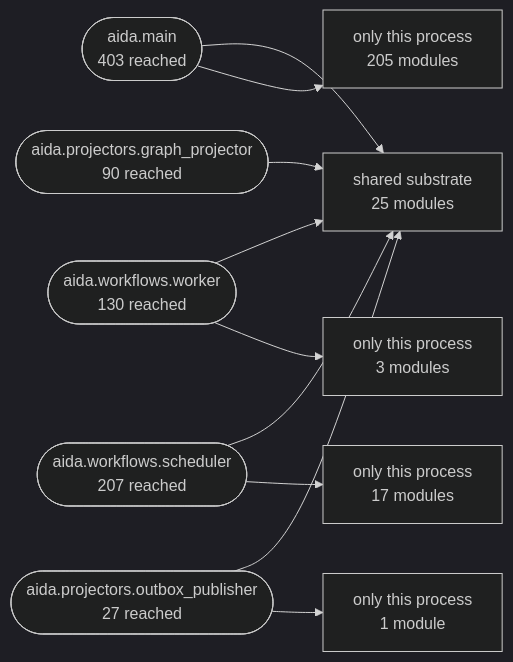
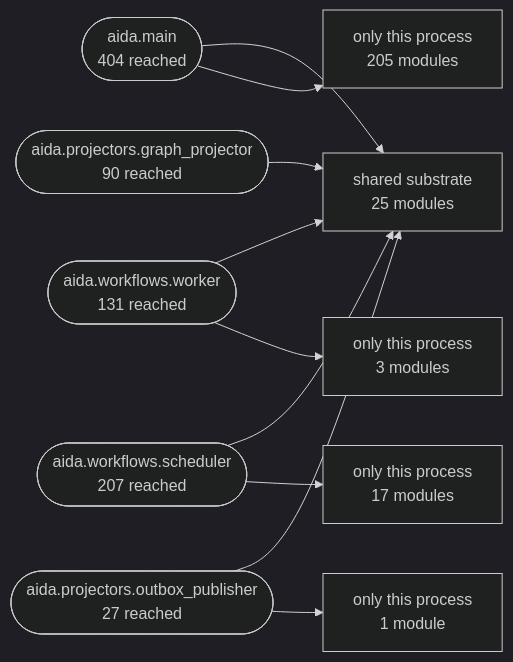
One commit to karuppusamym/AIDataAnalyst changed the second of 3 diagrams in Docs/10-architecture/14-generated-architecture-map.md. Above: the diagram before and after it, drawn with Mermaid (dark theme). The commit also changed other lines of this file and 10 other files, not shown here.

````diff
--- a/Docs/10-architecture/14-generated-architecture-map.md
+++ b/Docs/10-architecture/14-generated-architecture-map.md
@@ -178,22 +178,22 @@
 ```mermaid
 graph LR
   shared["shared substrate<br/>25 modules"]
-  aida_main(["aida.main<br/>403 reached"])
-  aida_workflows_worker(["aida.workflows.worker<br/>130 reached"])
+  aida_main(["aida.main<br/>404 reached"])
+  aida_workflows_worker(["aida.workflows.worker<br/>131 reached"])
   aida_workflows_scheduler(["aida.workflows.scheduler<br/>207 reached"])
   aida_projectors_graph_projector(["aida.projectors.graph_projector<br/>90 reached"])
   aida_projectors_outbox_publisher(["aida.projectors.outbox_publisher<br/>27 reached"])
   aida_main --> shared
   only_aida_main["only this process<br/>205 modules"]
   aida_main --> only_aida_main
   aida_workflows_worker --> shared
   only_aida_workflows_worker["only this process<br/>3 modules"]
   aida_workflows_worker --> only_aida_workflows_worker
   aida_workflows_scheduler --> shared
   only_aida_workflows_scheduler["only this process<br/>17 modules"]
   aida_workflows_scheduler --> only_aida_workflows_scheduler
   aida_projectors_graph_projector --> shared
   aida_projectors_outbox_publisher --> shared
   only_aida_projectors_outbox_publisher["only this process<br/>1 module"]
   aida_projectors_outbox_publisher --> only_aida_projectors_outbox_publisher
 ```
````
